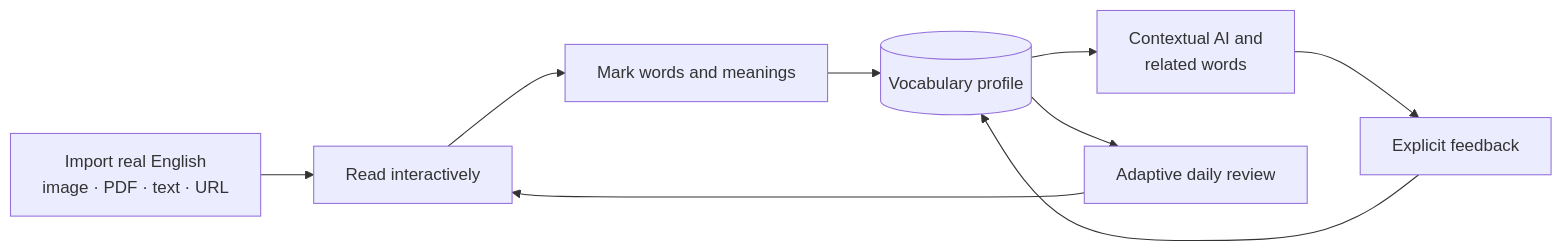
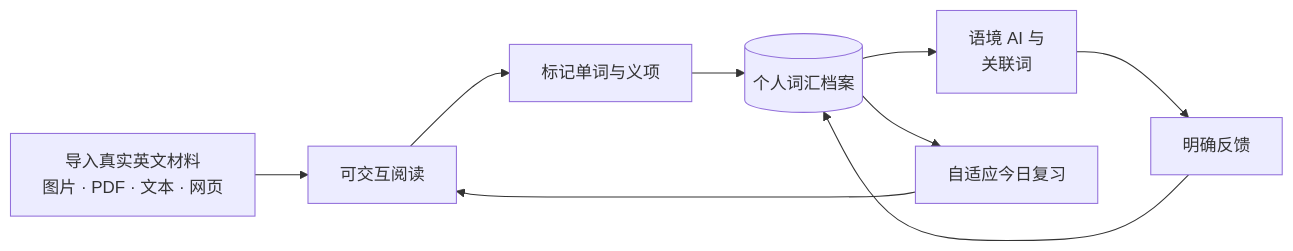
One commit to MuAn1228/lexi-read changed the diagram in README.md. Above: the diagram before and after it, drawn with Mermaid. The commit also changed other lines of this file and 2 other files, not shown here.

````diff
--- a/README.md
+++ b/README.md
@@ -81,11 +81,11 @@
 ```mermaid
 flowchart LR
-    A["Import real English<br/>image · PDF · text · URL"] --> B["Read interactively"]
-    B --> C["Mark words and meanings"]
-    C --> D[("Vocabulary profile")]
-    D --> E["Contextual AI and<br/>related words"]
-    E --> F["Explicit feedback"]
+    A["导入真实英文材料<br/>图片 · PDF · 文本 · 网页"] --> B["可交互阅读"]
+    B --> C["标记单词与义项"]
+    C --> D[("个人词汇档案")]
+    D --> E["语境 AI 与<br/>关联词"]
+    E --> F["明确反馈"]
     F --> D
-    D --> G["Adaptive daily review"]
+    D --> G["自适应今日复习"]
     G --> B
 ```
````
